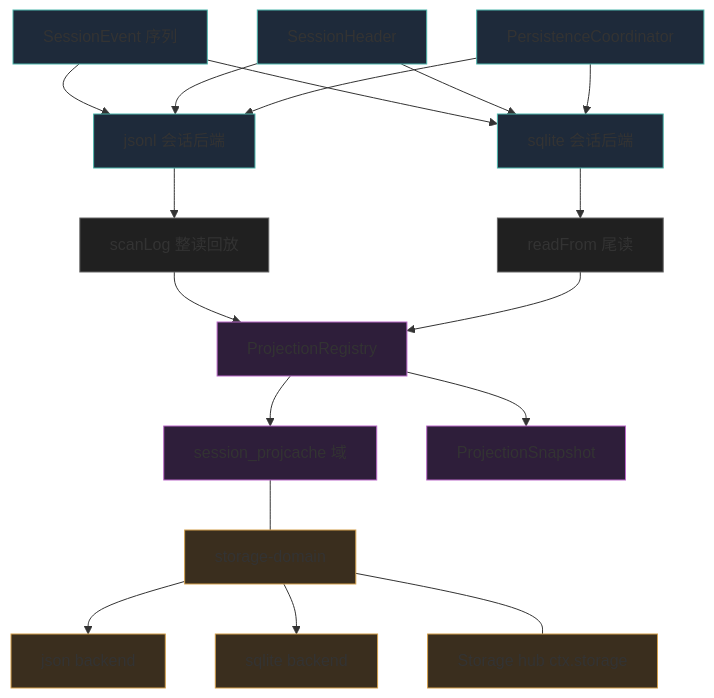
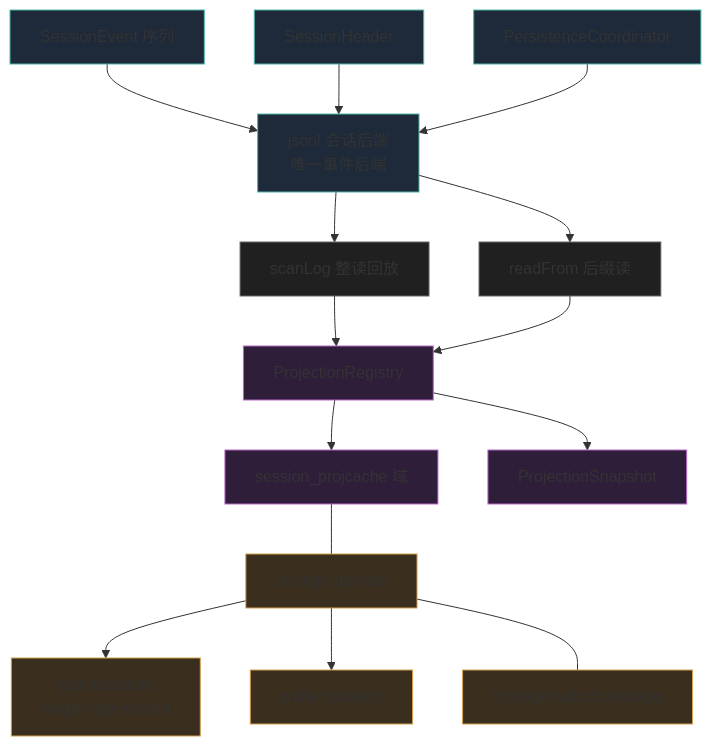
One commit to morehao/oss-insights changed the first of 4 diagrams in ai-agent/deepseek-harness/data-model.md. Above: the diagram before and after it, drawn with Mermaid. The commit also changed other lines of this file and 20 other files, not shown here.

````diff
--- a/ai-agent/deepseek-harness/data-model.md
+++ b/ai-agent/deepseek-harness/data-model.md
@@ -51,41 +59,37 @@
 ```mermaid
 graph TB
     SE[SessionEvent 序列]
     SH[SessionHeader]
     COORD[PersistenceCoordinator]
-    JSONL[jsonl 会话后端]
-    SQL[sqlite 会话后端]
+    JSONL[jsonl 会话后端<br>唯一事件后端]
     B1[scanLog 整读回放]
-    B2[readFrom 尾读]
+    B2[readFrom 后缀读]
     REG[ProjectionRegistry]
     CACHE[session_projcache 域]
     SNAPSHOT[ProjectionSnapshot]
     DOMAIN[storage-domain]
-    JSONKV[json backend]
+    JSONKV[json backend<br>single / per-record]
     SQLKV[sqlite backend]
     HUB[Storage hub ctx.storage]
     SE --> JSONL
-    SE --> SQL
     SH --> JSONL
-    SH --> SQL
     COORD --> JSONL
-    COORD --> SQL
     JSONL --> B1
-    SQL --> B2
+    JSONL --> B2
     B1 --> REG
     B2 --> REG
     REG --> CACHE
     REG --> SNAPSHOT
     CACHE --- DOMAIN
     DOMAIN --> JSONKV
     DOMAIN --> SQLKV
     DOMAIN --- HUB
     classDef ev fill:#1e2a3a,stroke:#4db6ac;
     classDef pd fill:#2e1e3a,stroke:#ba68c8;
     classDef kv fill:#3a2e1e,stroke:#d4a04d;
     classDef br fill:#202020,stroke:#666;
-    class SE,SH,JSONL,SQL,COORD ev;
+    class SE,SH,JSONL,COORD ev;
     class REG,SNAPSHOT,CACHE pd;
     class DOMAIN,JSONKV,SQLKV,HUB kv;
     class B1,B2 br;
 ```
````
